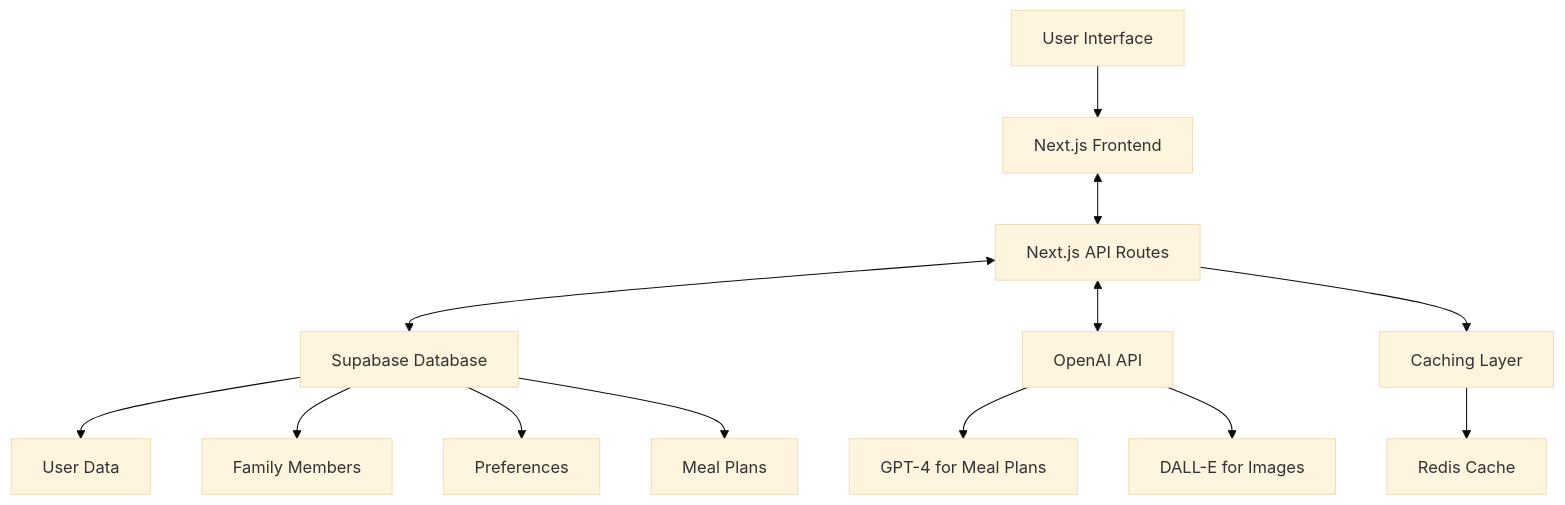
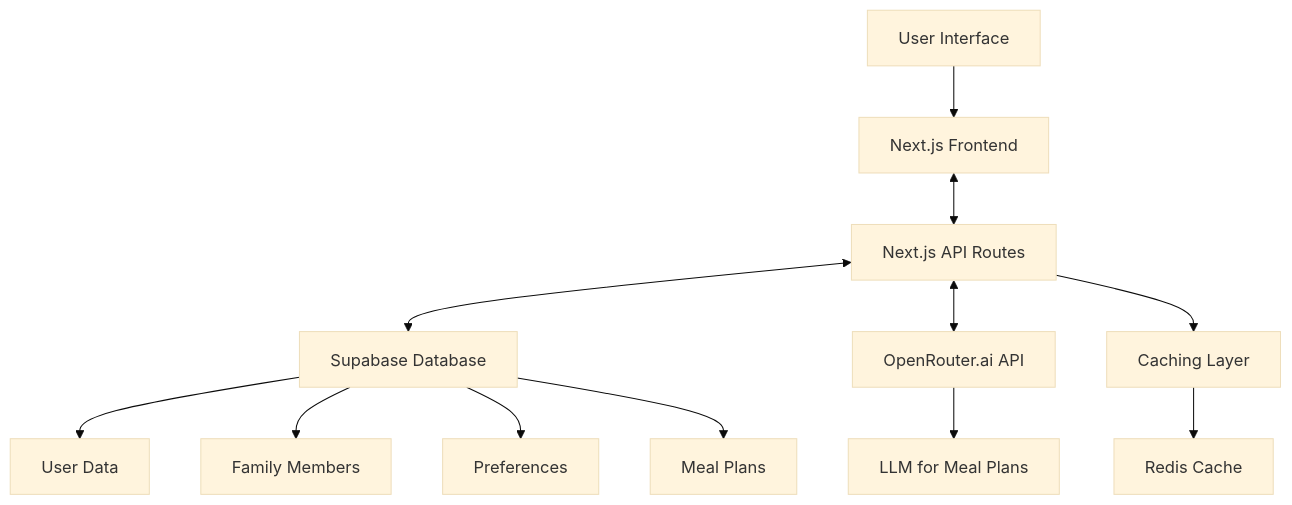
Before and after one commit to laszlorasko/RatatouAIlle: the first of 3 diagrams in RatatouAIlle_PRD.md, drawn with Mermaid (base theme). The commit also changed other lines of this file and 1 other file, not shown here.

````diff
--- a/RatatouAIlle_PRD.md
+++ b/RatatouAIlle_PRD.md
@@ -181,15 +178,14 @@
 ```mermaid
 graph TD
     A[User Interface] --> B[Next.js Frontend]
     B <--> C[Next.js API Routes]
     C <--> D[Supabase Database]
-    C <--> E[OpenAI API]
-    E --> F[GPT-4 for Meal Plans]
-    E --> G[DALL-E for Images]
+    C <--> E[OpenRouter.ai API]
+    E --> F[LLM for Meal Plans]
     D --> H[User Data]
     D --> I[Family Members]
     D --> J[Preferences]
     D --> K[Meal Plans]
     C --> L[Caching Layer]
     L --> M[Redis Cache]
 ```
````
